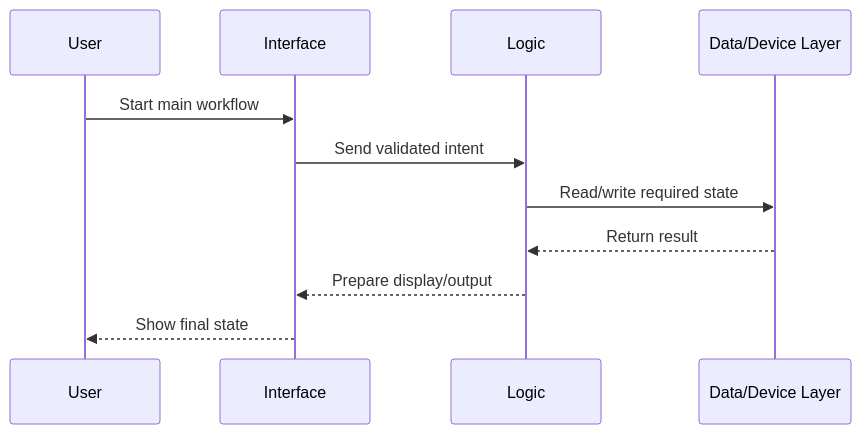
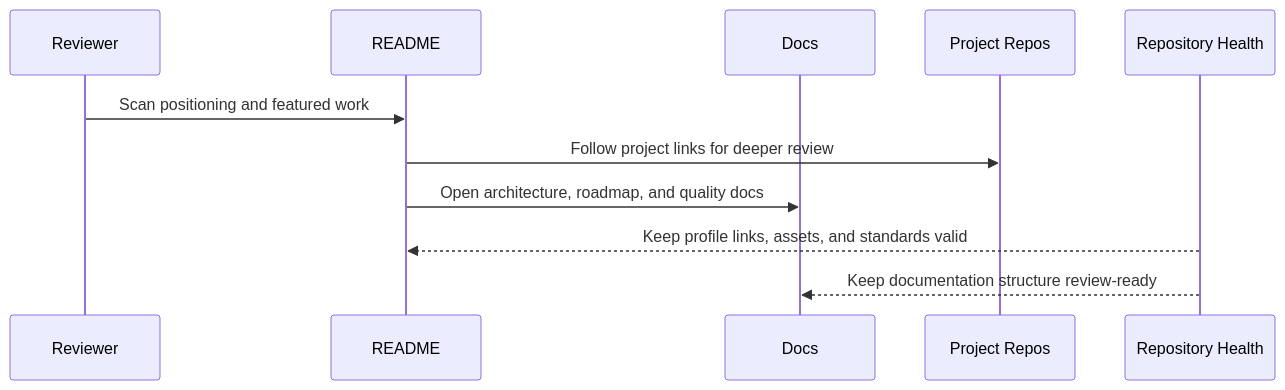
The third of 3 diagrams in docs/ARCHITECTURE.md (bhedanikhilkumar-code/bhedanikhilkumar-code), drawn with Mermaid before and after one commit. The commit also changed other lines of this file and 2 other files, not shown here.

````diff
--- a/docs/ARCHITECTURE.md
+++ b/docs/ARCHITECTURE.md
@@ -50,13 +52,13 @@
 ```mermaid
 sequenceDiagram
-    participant U as User
-    participant I as Interface
-    participant L as Logic
-    participant D as Data/Device Layer
-    U->>I: Start main workflow
-    I->>L: Send validated intent
-    L->>D: Read/write required state
-    D-->>L: Return result
-    L-->>I: Prepare display/output
-    I-->>U: Show final state
+    participant R as Reviewer
+    participant RM as README
+    participant D as Docs
+    participant P as Project Repos
+    participant CI as Repository Health
+    R->>RM: Scan positioning and featured work
+    RM->>P: Follow project links for deeper review
+    RM->>D: Open architecture, roadmap, and quality docs
+    CI-->>RM: Keep profile links, assets, and standards valid
+    CI-->>D: Keep documentation structure review-ready
 ```
````
